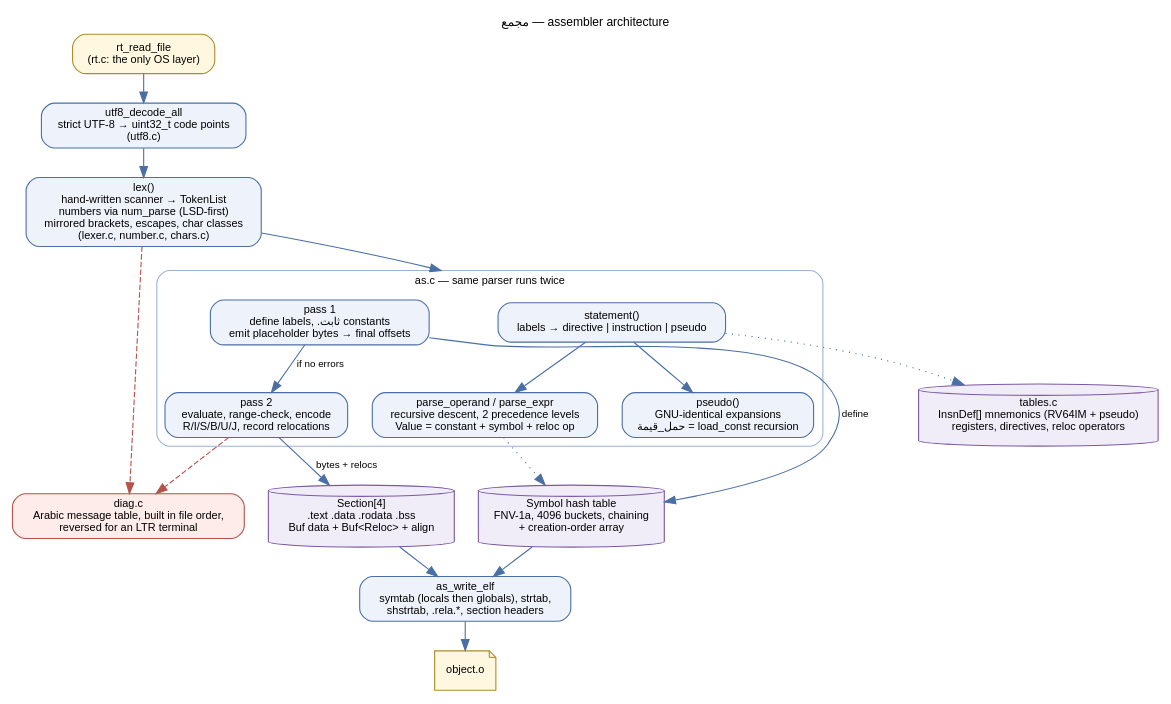
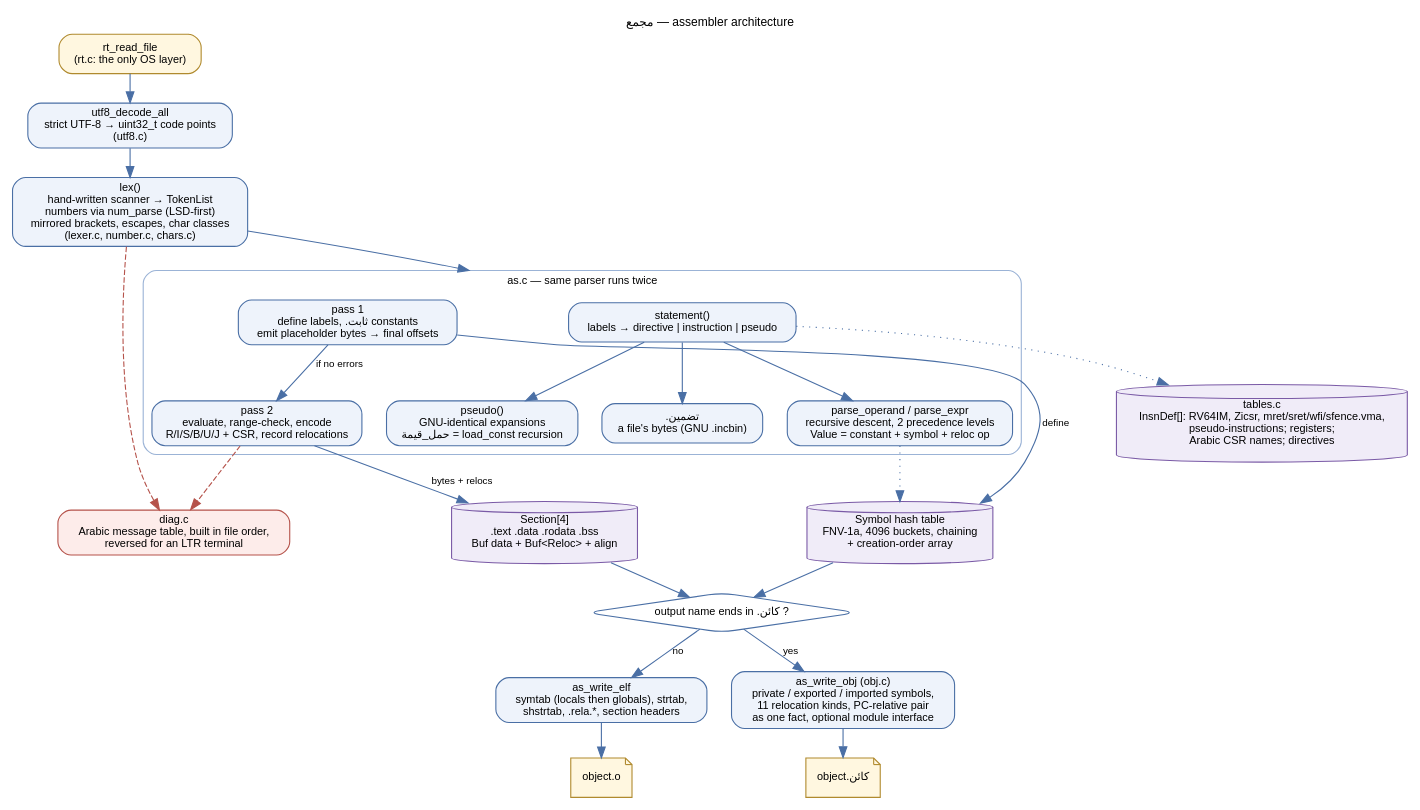
One commit to MahmoudEmad1491999/arabic-riscv-toolchain changed the diagram in docs/diagrams/assembler.dot. Above: the diagram before and after it, drawn with Graphviz. The commit also changed 29 other files, not shown here.

First line of the commit message:
Architecture diagrams for the whole project

```diff
--- a/docs/diagrams/assembler.dot
+++ b/docs/diagrams/assembler.dot
@@ -1,40 +1,47 @@
 // Internals of مجمع (src/as + src/common).
 digraph assembler {
   graph [rankdir=TB, fontname="Helvetica", fontsize=11, nodesep=0.3, ranksep=0.35, compound=true,
          label="مجمع — assembler architecture", labelloc=t];
   node  [fontname="Helvetica", fontsize=10, shape=box, style="rounded,filled", fillcolor="#eef3fb", color="#4a6fa5"];
   edge  [fontname="Helvetica", fontsize=9, color="#4a6fa5"];
 
   file  [label="rt_read_file\n(rt.c: the only OS layer)", fillcolor="#fff7e0", color="#b08a2e"];
   utf8  [label="utf8_decode_all\nstrict UTF-8 → uint32_t code points\n(utf8.c)"];
   lex   [label="lex()\nhand-written scanner → TokenList\nnumbers via num_parse (LSD-first)\nmirrored brackets, escapes, char classes\n(lexer.c, number.c, chars.c)"];
 
   subgraph cluster_core {
     label="as.c — same parser runs twice"; fontname="Helvetica"; fontsize=10; color="#9bb3d6"; style="rounded";
     stmt  [label="statement()\nlabels → directive | instruction | pseudo"];
     expr  [label="parse_operand / parse_expr\nrecursive descent, 2 precedence levels\nValue = constant + symbol + reloc op"];
     p1    [label="pass 1\ndefine labels, .ثابت constants\nemit placeholder bytes → final offsets"];
-    p2    [label="pass 2\nevaluate, range-check, encode\nR/I/S/B/U/J, record relocations"];
+    p2    [label="pass 2\nevaluate, range-check, encode\nR/I/S/B/U/J + CSR, record relocations"];
     pseudo[label="pseudo()\nGNU-identical expansions\nحمل_قيمة = load_const recursion"];
+    incb  [label=".تضمين\na file's bytes (GNU .incbin)"];
     stmt -> expr;
     stmt -> pseudo;
+    stmt -> incb;
     p1 -> p2 [label="if no errors"];
   }
 
-  tables [label="tables.c\nInsnDef[] mnemonics (RV64IM + pseudo)\nregisters, directives, reloc operators", shape=cylinder, fillcolor="#f0ecf8", color="#7a5aa6"];
+  tables [label="tables.c\nInsnDef[]: RV64IM, Zicsr, mret/sret/wfi/sfence.vma,\npseudo-instructions; registers;\nArabic CSR names; directives", shape=cylinder, fillcolor="#f0ecf8", color="#7a5aa6"];
   syms   [label="Symbol hash table\nFNV-1a, 4096 buckets, chaining\n+ creation-order array", shape=cylinder, fillcolor="#f0ecf8", color="#7a5aa6"];
   secs   [label="Section[4]\n.text .data .rodata .bss\nBuf data + Buf<Reloc> + align", shape=cylinder, fillcolor="#f0ecf8", color="#7a5aa6"];
+  pick   [label="output name ends in .كائن ?", shape=diamond, fillcolor="#ffffff"];
   elf    [label="as_write_elf\nsymtab (locals then globals), strtab,\nshstrtab, .rela.*, section headers"];
-  out    [label="object.o", shape=note, fillcolor="#fff7e0", color="#b08a2e"];
+  ours   [label="as_write_obj (obj.c)\nprivate / exported / imported symbols,\n11 relocation kinds, PC-relative pair\nas one fact, optional module interface"];
+  out1   [label="object.o", shape=note, fillcolor="#fff7e0", color="#b08a2e"];
+  out2   [label="object.كائن", shape=note, fillcolor="#fff7e0", color="#b08a2e"];
   diag   [label="diag.c\nArabic message table, built in file order,\nreversed for an LTR terminal", fillcolor="#fdecea", color="#b5524a"];
 
   file -> utf8; utf8 -> lex;
   lex -> stmt [lhead=cluster_core];
   stmt -> tables [style=dotted];
   expr -> syms [style=dotted];
   p1 -> syms [label="define"];
   p2 -> secs [label="bytes + relocs"];
-  secs -> elf; syms -> elf; elf -> out;
+  secs -> pick; syms -> pick;
+  pick -> elf [label="no"]; pick -> ours [label="yes"];
+  elf -> out1; ours -> out2;
   lex -> diag [style=dashed, color="#b5524a"];
   p2 -> diag [style=dashed, color="#b5524a"];
 }
```
